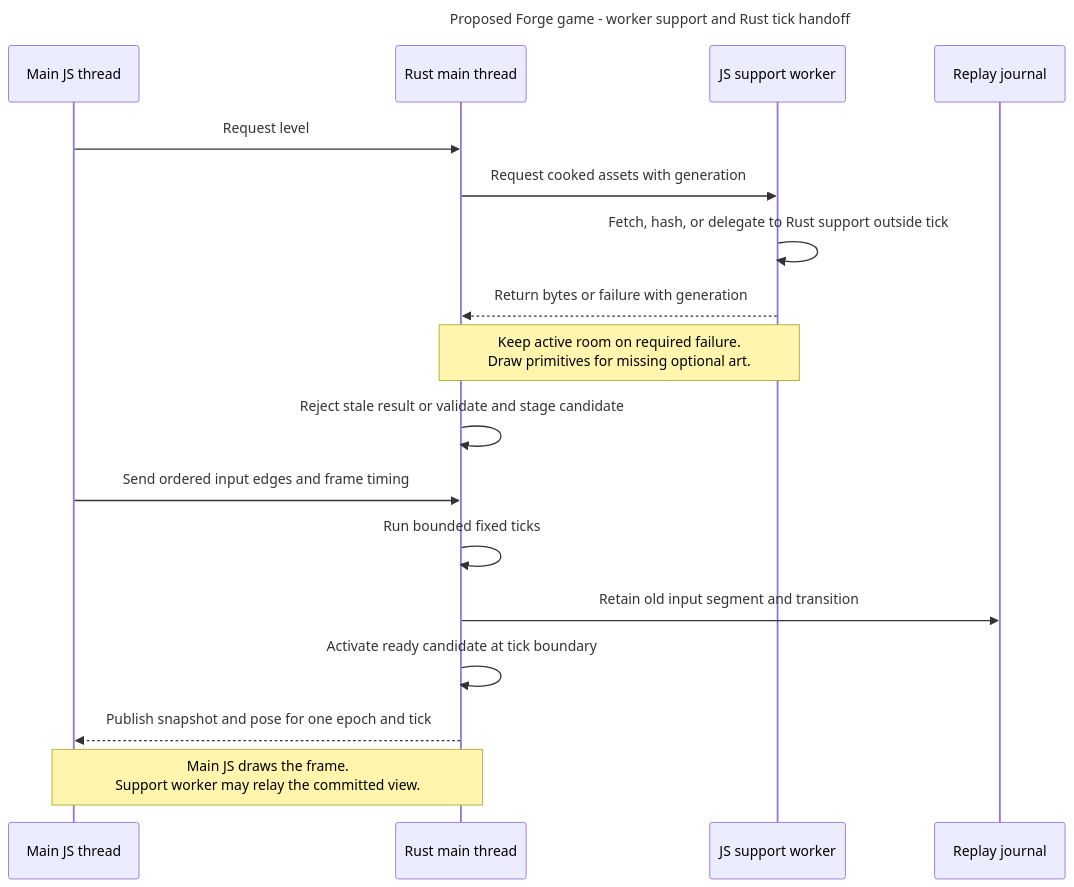
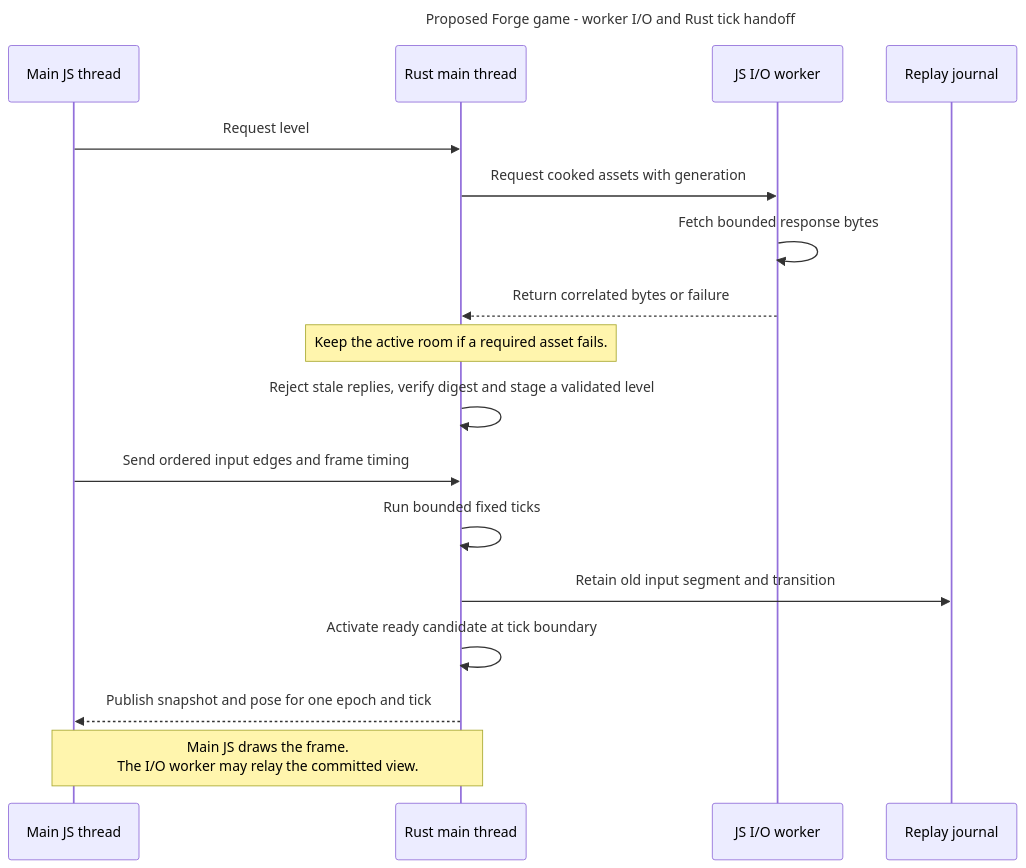
Before and after one commit to roachmaster/homelab: the diagram in docs/architecture/diagrams/mermaid/forge-game-worker-handoff.mmd, drawn with Mermaid. The commit also changed 11 other files, not shown here.

Commit message:
Limit proposed browser workers to I/O and message relay

```diff
--- a/docs/architecture/diagrams/mermaid/forge-game-worker-handoff.mmd
+++ b/docs/architecture/diagrams/mermaid/forge-game-worker-handoff.mmd
@@ -1,20 +1,20 @@
 ---
-title: Proposed Forge game - worker support and Rust tick handoff
+title: Proposed Forge game - worker I/O and Rust tick handoff
 ---
 sequenceDiagram
     participant M as Main JS thread
     participant R as Rust main thread
-    participant W as JS support worker
+    participant W as JS I/O worker
     participant J as Replay journal
     M->>R: Request level
     R->>W: Request cooked assets with generation
-    W->>W: Fetch, hash, or delegate to Rust support outside tick
-    W-->>R: Return bytes or failure with generation
-    Note over R,W: Keep active room on required failure.<br/>Draw primitives for missing optional art.
-    R->>R: Reject stale result or validate and stage candidate
+    W->>W: Fetch bounded response bytes
+    W-->>R: Return correlated bytes or failure
+    Note over R: Keep the active room if a required asset fails.
+    R->>R: Reject stale replies, verify digest and stage a validated level
     M->>R: Send ordered input edges and frame timing
     R->>R: Run bounded fixed ticks
     R->>J: Retain old input segment and transition
     R->>R: Activate ready candidate at tick boundary
     R-->>M: Publish snapshot and pose for one epoch and tick
-    Note over M,R: Main JS draws the frame.<br/>Support worker may relay the committed view.
+    Note over M,R: Main JS draws the frame.<br/>The I/O worker may relay the committed view.
```
